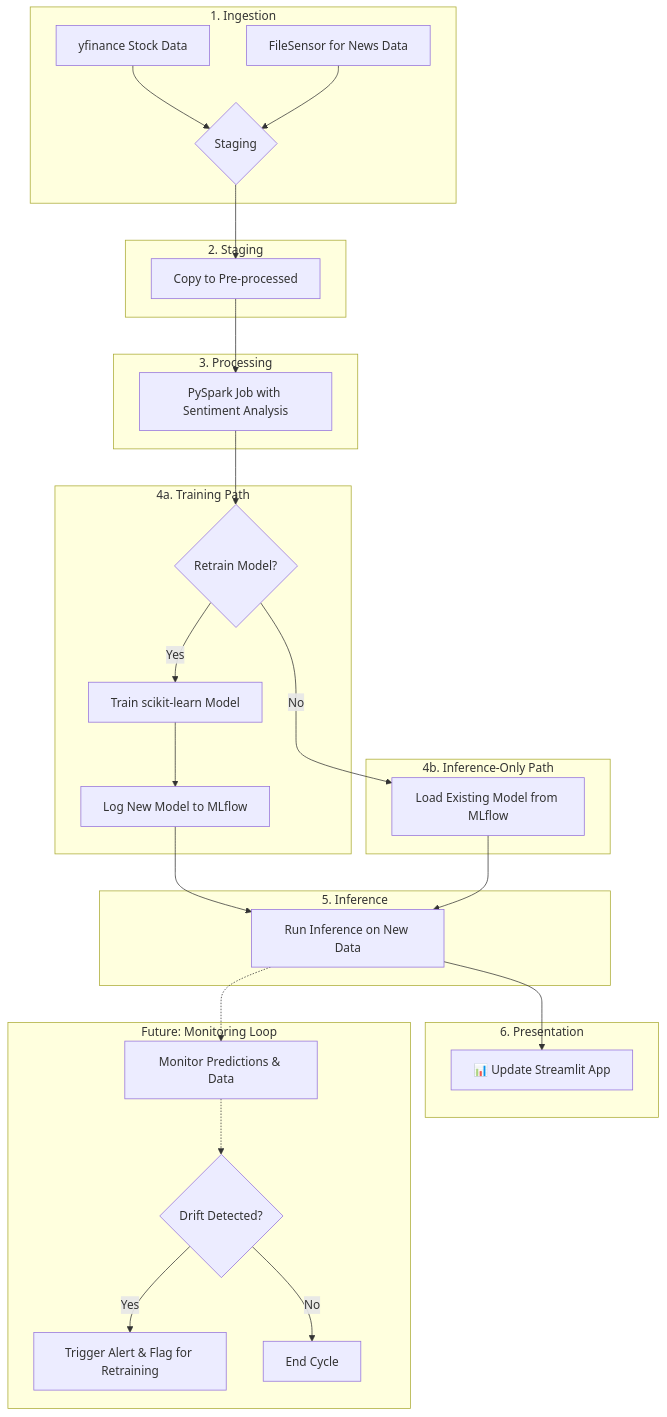
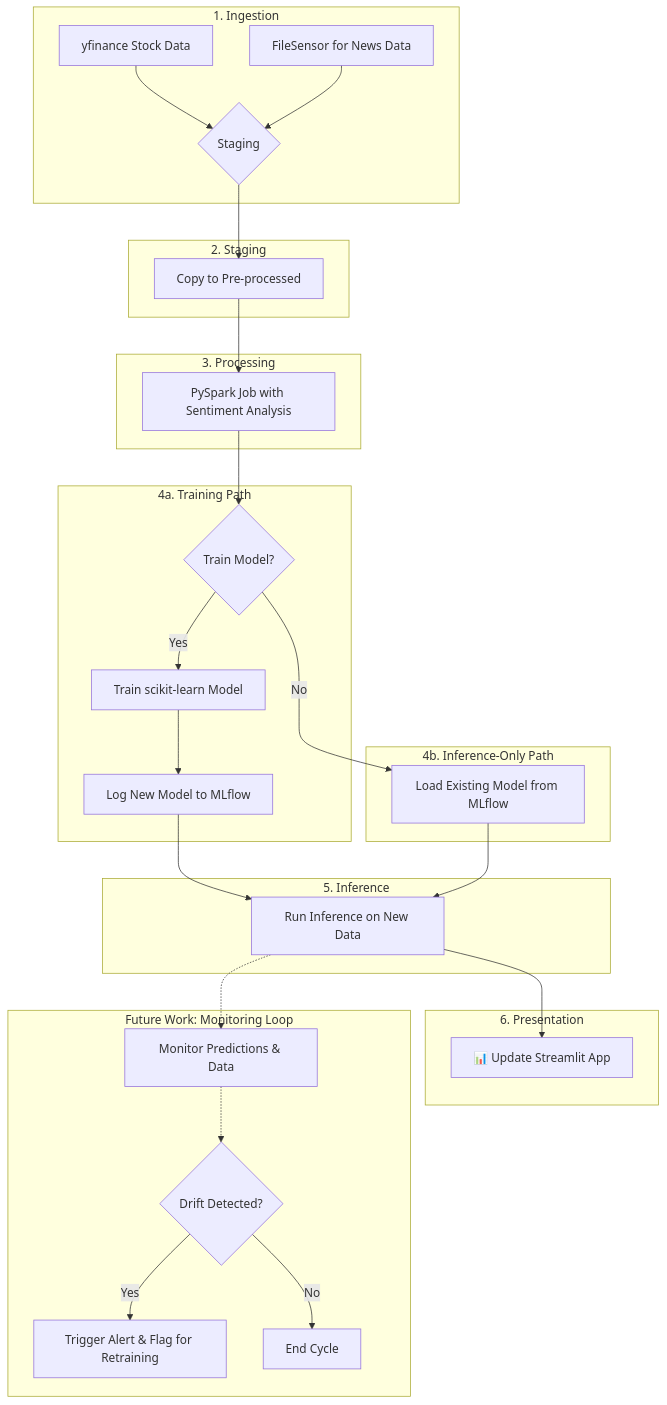
One commit to asupraja3/nlp-finance-forecast changed the diagram in README.md. Above: the diagram before and after it, drawn with Mermaid.

Commit message:
Fix wording in decision points and subgraph titles

````diff
--- a/README.md
+++ b/README.md
@@ -9,44 +9,44 @@
 ```mermaid
 graph TD
     subgraph "1. Ingestion"
         A[yfinance Stock Data] --> C{Staging};
         B[FileSensor for News Data] --> C;
     end
 
     subgraph "2. Staging"
         C --> D[Copy to Pre-processed];
     end
 
     subgraph "3. Processing"
         D --> E[PySpark Job with Sentiment Analysis];
     end
 
     %% --- The Decision Point ---
-    E --> I{Retrain Model?};
+    E --> I{Train Model?};
 
     subgraph "4a. Training Path"
         I -- Yes --> G[Train scikit-learn Model];
         G --> H[Log New Model to MLflow];
     end
 
     subgraph "4b. Inference-Only Path"
         I -- No --> J[Load Existing Model from MLflow];
     end
 
     subgraph "5. Inference"
         H --> K[Run Inference on New Data];
         J --> K;
     end
     
     subgraph "6. Presentation"
         K --> L[📊 Update Streamlit App];
     end
 
     %% --- Future Work: Monitoring Loop ---
-    subgraph "Future: Monitoring Loop"
+    subgraph "Future Work: Monitoring Loop"
         K -.-> M[Monitor Predictions & Data];
         M -.-> N{Drift Detected?};
         N -- Yes --> O[Trigger Alert & Flag for Retraining];
         N -- No --> P[End Cycle];
     end
 ```
````
